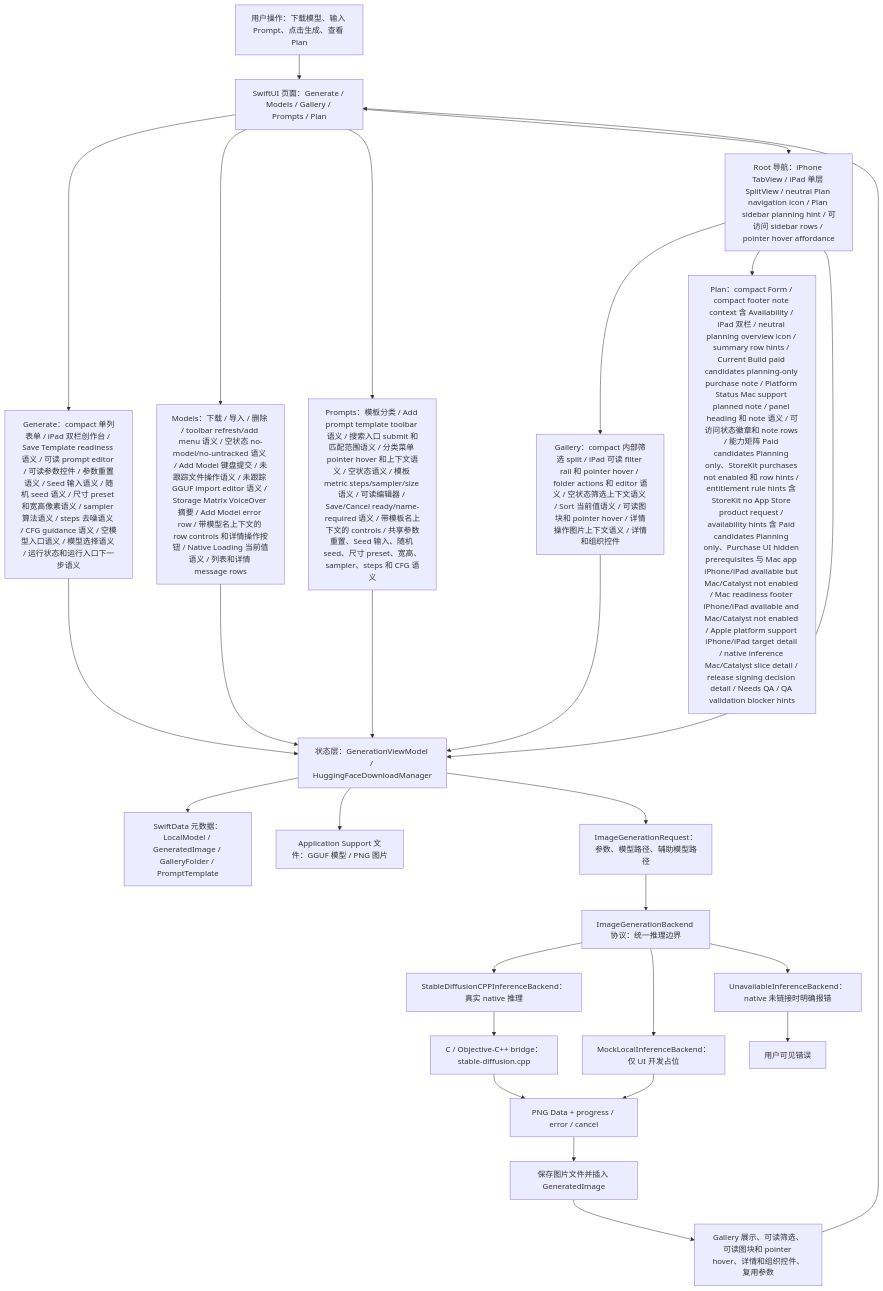
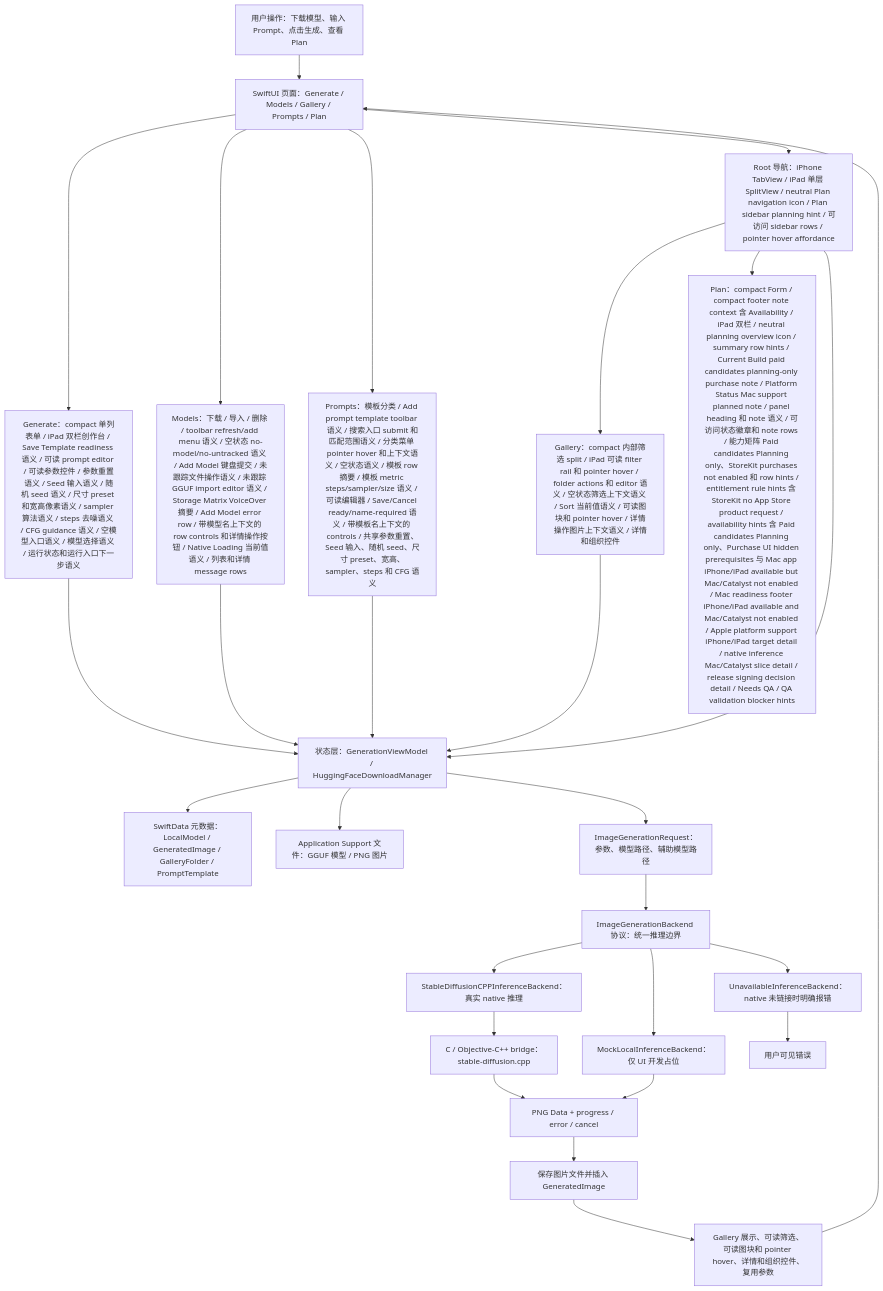
One commit to Altman-sam114/118 changed the first of 7 diagrams in md/flow/flowchart.md. Above: the diagram before and after it, drawn with Mermaid. The commit also changed 5 other files, not shown here.

First line of the commit message:
v1.90: Prompt row summary semantics

````diff
--- a/md/flow/flowchart.md
+++ b/md/flow/flowchart.md
@@ -9,29 +9,29 @@
 ```mermaid
 flowchart TD
   U["用户操作：下载模型、输入 Prompt、点击生成、查看 Plan"] --> UI["SwiftUI 页面：Generate / Models / Gallery / Prompts / Plan"]
   UI --> GENUI["Generate：compact 单列表单 / iPad 双栏创作台 / Save Template readiness 语义 / 可读 prompt editor / 可读参数控件 / 参数重置语义 / Seed 输入语义 / 随机 seed 语义 / 尺寸 preset 和宽高像素语义 / sampler 算法语义 / steps 去噪语义 / CFG guidance 语义 / 空模型入口语义 / 模型选择语义 / 运行状态和运行入口下一步语义"]
   UI --> MODELUI["Models：下载 / 导入 / 删除 / toolbar refresh/add menu 语义 / 空状态 no-model/no-untracked 语义 / Add Model 键盘提交 / 未跟踪文件操作语义 / 未跟踪 GGUF import editor 语义 / Storage Matrix VoiceOver 摘要 / Add Model error row / 带模型名上下文的 row controls 和详情操作按钮 / Native Loading 当前值语义 / 列表和详情 message rows"]
-  UI --> PROMPTUI["Prompts：模板分类 / Add prompt template toolbar 语义 / 搜索入口 submit 和匹配范围语义 / 分类菜单 pointer hover 和上下文语义 / 空状态语义 / 模板 metric steps/sampler/size 语义 / 可读编辑器 / Save/Cancel ready/name-required 语义 / 带模板名上下文的 controls / 共享参数重置、Seed 输入、随机 seed、尺寸 preset、宽高、sampler、steps 和 CFG 语义"]
+  UI --> PROMPTUI["Prompts：模板分类 / Add prompt template toolbar 语义 / 搜索入口 submit 和匹配范围语义 / 分类菜单 pointer hover 和上下文语义 / 空状态语义 / 模板 row 摘要 / 模板 metric steps/sampler/size 语义 / 可读编辑器 / Save/Cancel ready/name-required 语义 / 带模板名上下文的 controls / 共享参数重置、Seed 输入、随机 seed、尺寸 preset、宽高、sampler、steps 和 CFG 语义"]
   UI --> NAV["Root 导航：iPhone TabView / iPad 单层 SplitView / neutral Plan navigation icon / Plan sidebar planning hint / 可访问 sidebar rows / pointer hover affordance"]
   NAV --> GALUI["Gallery：compact 内部筛选 split / iPad 可读 filter rail 和 pointer hover / folder actions 和 editor 语义 / 空状态筛选上下文语义 / Sort 当前值语义 / 可读图块和 pointer hover / 详情操作图片上下文语义 / 详情和组织控件"]
   NAV --> PLANUI["Plan：compact Form / compact footer note context 含 Availability / iPad 双栏 / neutral planning overview icon / summary row hints / Current Build paid candidates planning-only purchase note / Platform Status Mac support planned note / panel heading 和 note 语义 / 可访问状态徽章和 note rows / 能力矩阵 Paid candidates Planning only、StoreKit purchases not enabled 和 row hints / entitlement rule hints 含 StoreKit no App Store product request / availability hints 含 Paid candidates Planning only、Purchase UI hidden prerequisites 与 Mac app iPhone/iPad available but Mac/Catalyst not enabled / Mac readiness footer iPhone/iPad available and Mac/Catalyst not enabled / Apple platform support iPhone/iPad target detail / native inference Mac/Catalyst slice detail / release signing decision detail / Needs QA / QA validation blocker hints"]
   NAV --> VM["状态层：GenerationViewModel / HuggingFaceDownloadManager"]
   GENUI --> VM
   MODELUI --> VM
   PROMPTUI --> VM
   GALUI --> VM
   VM --> SD["SwiftData 元数据：LocalModel / GeneratedImage / GalleryFolder / PromptTemplate"]
   VM --> FS["Application Support 文件：GGUF 模型 / PNG 图片"]
   VM --> REQ["ImageGenerationRequest：参数、模型路径、辅助模型路径"]
   REQ --> IFACE["ImageGenerationBackend 协议：统一推理边界"]
   IFACE --> NATIVE["StableDiffusionCPPInferenceBackend：真实 native 推理"]
   IFACE --> MOCK["MockLocalInferenceBackend：仅 UI 开发占位"]
   IFACE --> OFF["UnavailableInferenceBackend：native 未链接时明确报错"]
   NATIVE --> BRIDGE["C / Objective-C++ bridge：stable-diffusion.cpp"]
   BRIDGE --> PNG["PNG Data + progress / error / cancel"]
   MOCK --> PNG
   OFF --> ERR["用户可见错误"]
   PNG --> SAVE["保存图片文件并插入 GeneratedImage"]
   SAVE --> GALLERY["Gallery 展示、可读筛选、可读图块和 pointer hover、详情和组织控件、复用参数"]
   GALLERY --> UI
 ```
````
